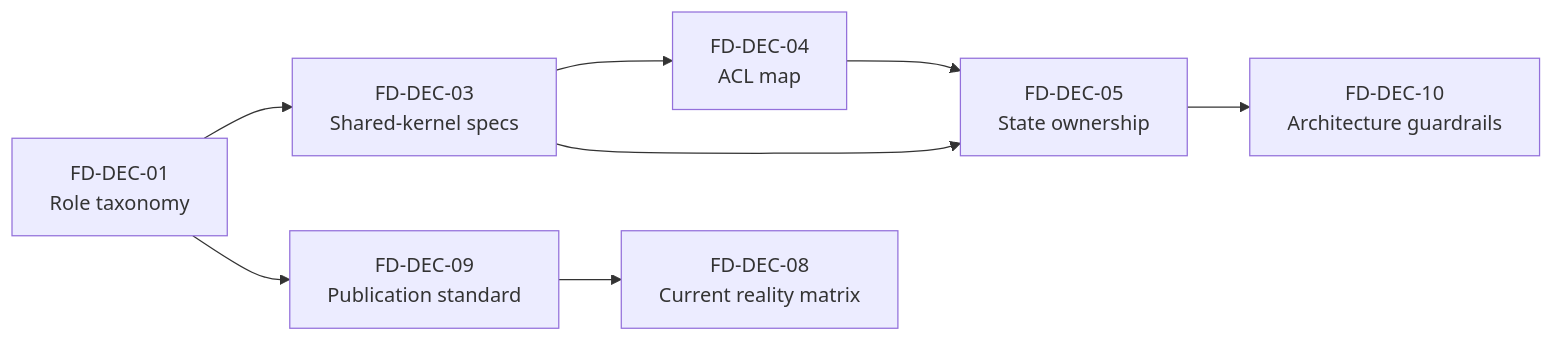
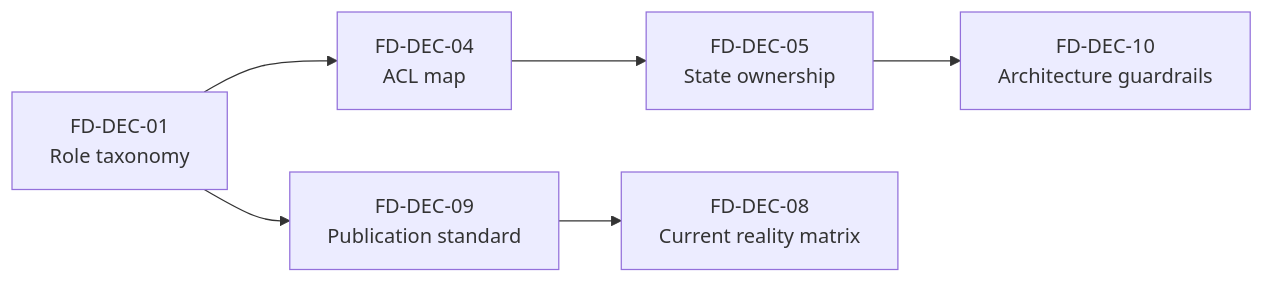
Before and after one commit to dunay2/dvt: the diagram in docs/architecture/frontend/review/frontend-coverage-map-and-open-decision-register.md, drawn with Mermaid. The commit also changed other lines of this file and 10 other files, not shown here.

Commit message:
docs(docs): Harden frontend architecture evidence governance

````diff
--- a/docs/architecture/frontend/review/frontend-coverage-map-and-open-decision-register.md
+++ b/docs/architecture/frontend/review/frontend-coverage-map-and-open-decision-register.md
@@ -222,17 +224,14 @@
 ```mermaid
 flowchart LR
     D1[FD-DEC-01
-Role taxonomy] --> D2[FD-DEC-03
-Shared-kernel specs]
-    D2 --> D4[FD-DEC-04
+Role taxonomy] --> D4[FD-DEC-04
 ACL map]
-    D2 --> D5[FD-DEC-05
-State ownership]
     D4 --> D5
-    D5 --> D6[FD-DEC-10
+    D5[FD-DEC-05
+State ownership] --> D6[FD-DEC-10
 Architecture guardrails]
     D1 --> D7[FD-DEC-09
 Publication standard]
     D7 --> D8[FD-DEC-08
 Current reality matrix]
 ```
````
